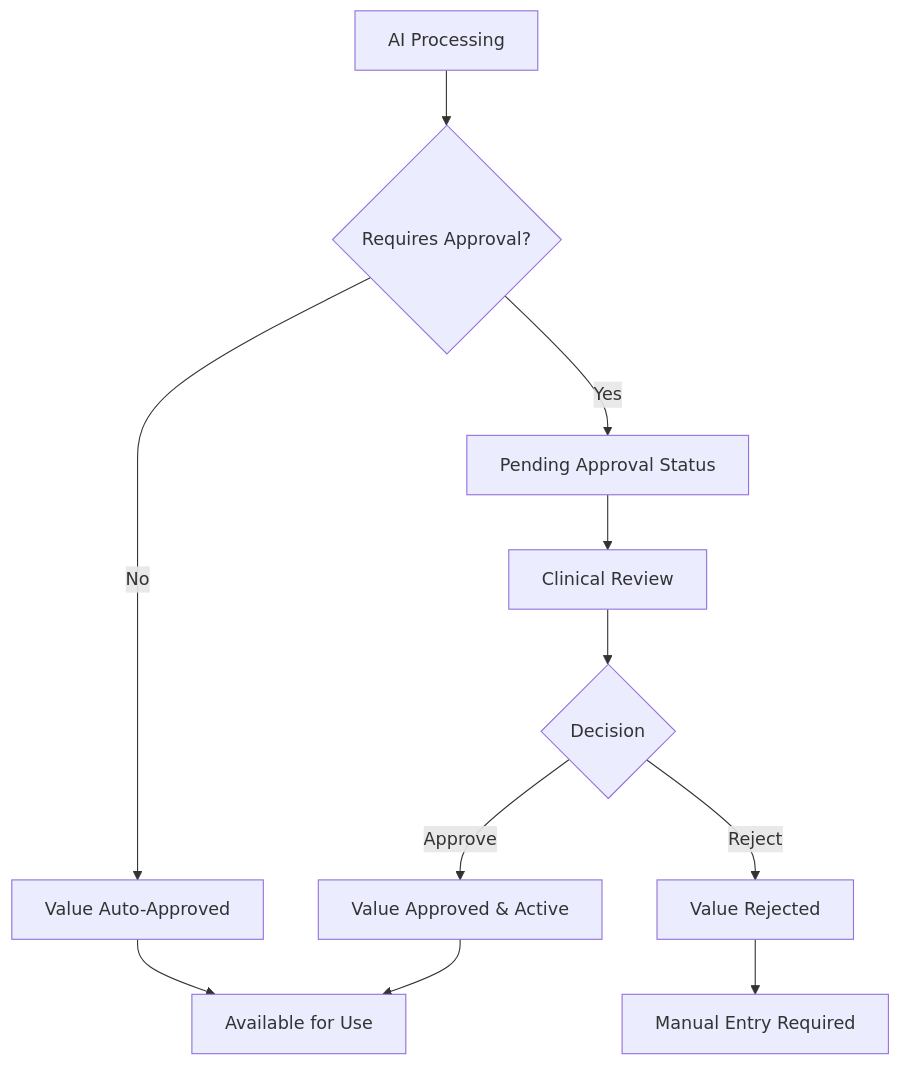
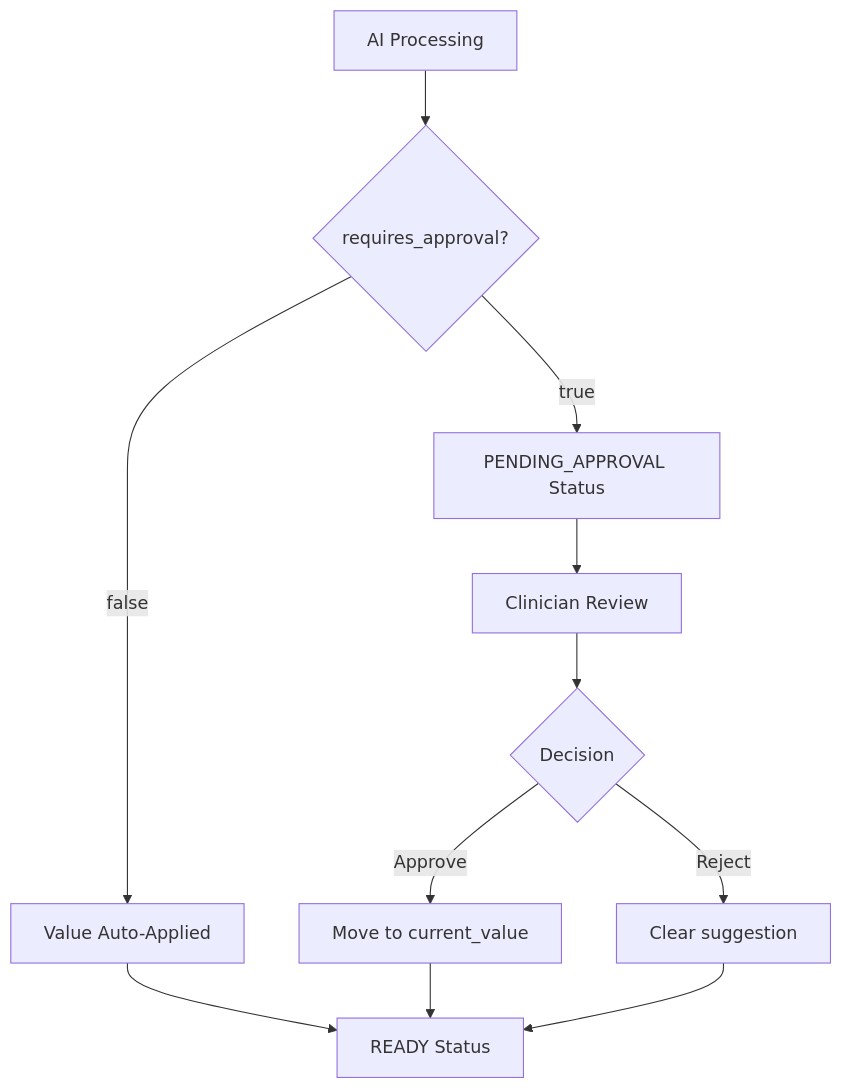
One commit to reekko1/docs changed the diagram in narrafields-ai-custom-fields.mdx. Above: the diagram before and after it, drawn with Mermaid. The commit also changed other lines of this file, not shown here.

````diff
--- a/narrafields-ai-custom-fields.mdx
+++ b/narrafields-ai-custom-fields.mdx
@@ -1019,13 +988,13 @@
 ```mermaid
 graph TD
-    A[AI Processing] --> B{Requires Approval?}
-    B -->|No| C[Value Auto-Approved]
-    B -->|Yes| D[Pending Approval Status]
-    D --> E[Clinical Review]
+    A[AI Processing] --> B{requires_approval?}
+    B -->|false| C[Value Auto-Applied]
+    B -->|true| D[PENDING_APPROVAL Status]
+    D --> E[Clinician Review]
     E --> F{Decision}
-    F -->|Approve| G[Value Approved & Active]
-    F -->|Reject| H[Value Rejected]
-    H --> I[Manual Entry Required]
-    C --> J[Available for Use]
-    G --> J
+    F -->|Approve| G[Move to current_value]
+    F -->|Reject| H[Clear suggestion]
+    C --> I[READY Status]
+    G --> I
+    H --> I
 ```
````
